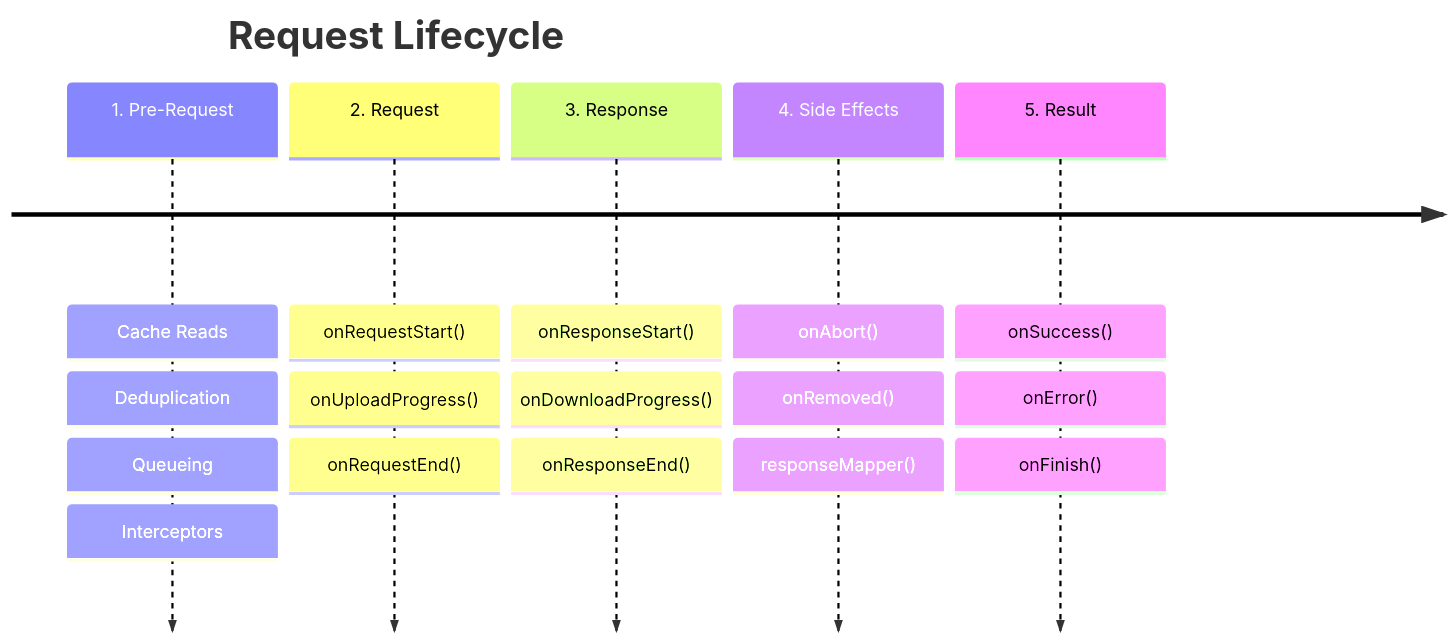
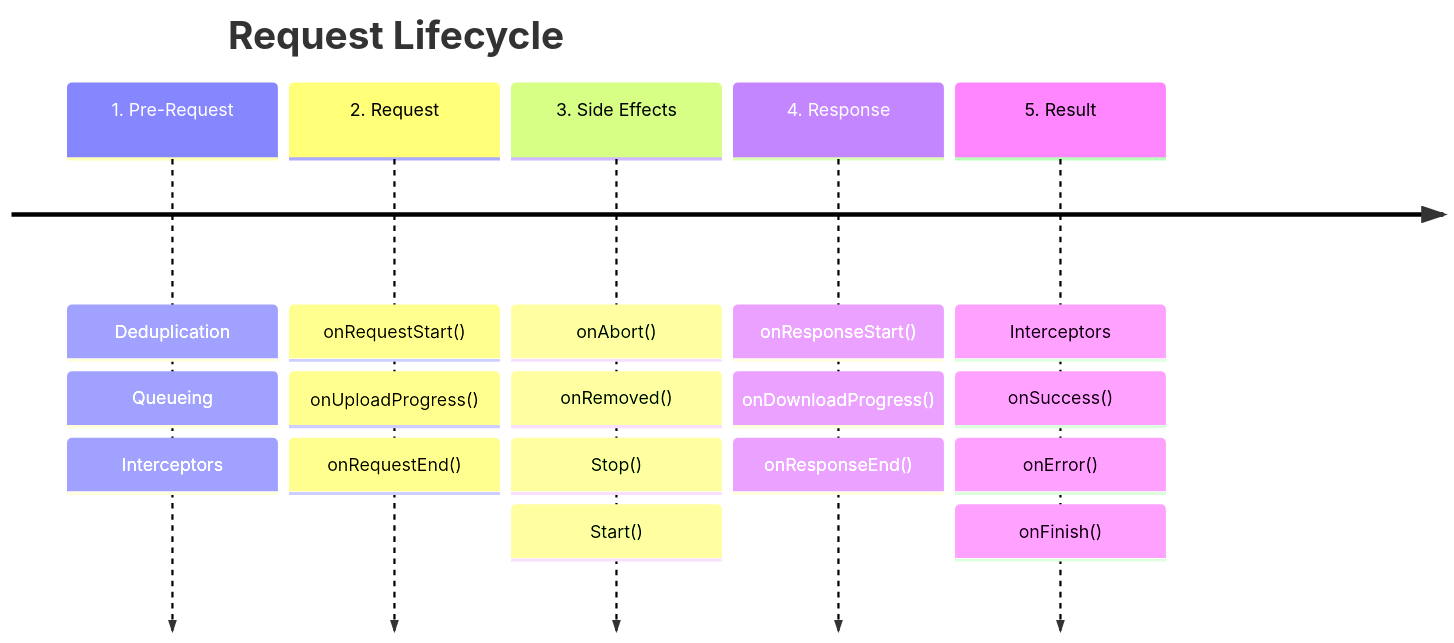
The diagram in documentation/docs/core/overview.mdx (BetterTyped/hyper-fetch), drawn with Mermaid before and after one commit. The commit also changed 5 other files, not shown here.

````diff
--- a/documentation/docs/core/overview.mdx
+++ b/documentation/docs/core/overview.mdx
@@ -138,9 +138,9 @@
 ```mermaid
     timeline
         title Request Lifecycle
-          1. Pre-Request : Cache Reads : Deduplication : Queueing : Interceptors
+          1. Pre-Request : Deduplication : Queueing : Interceptors
           2. Request : onRequestStart() : onUploadProgress() : onRequestEnd()
-          3. Response : onResponseStart() : onDownloadProgress() : onResponseEnd()
-          4. Side Effects : onAbort() : onRemoved() : responseMapper()
-          5. Result : onSuccess() : onError() : onFinish()
+          3. Side Effects : onAbort() : onRemoved() : Stop() : Start()
+          4. Response : onResponseStart() : onDownloadProgress() : onResponseEnd()
+          5. Result : Interceptors : onSuccess() : onError() : onFinish()
 ```
````
